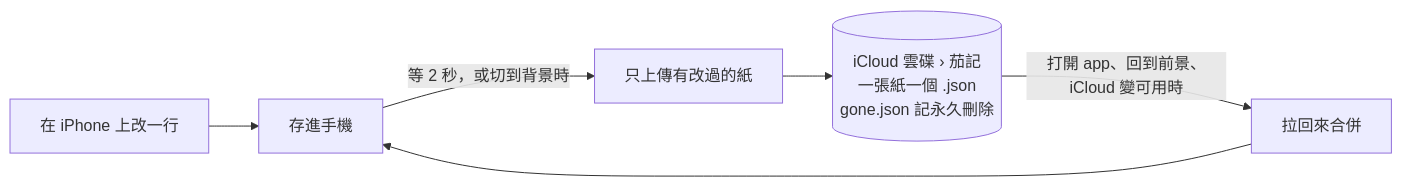
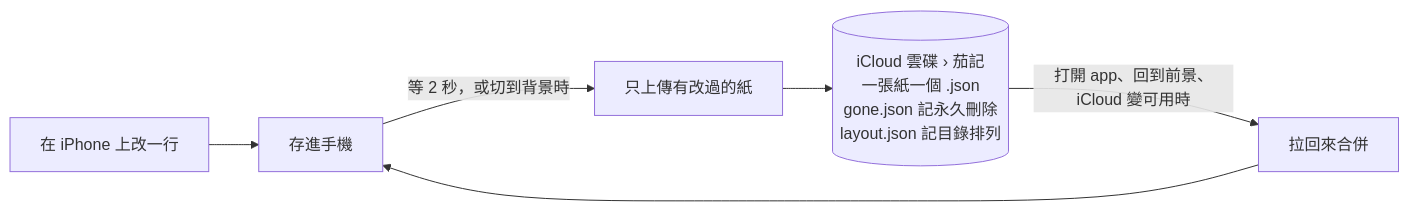
Before and after one commit to domyweb666/qieji-app: the diagram in README.md, drawn with Mermaid. The commit also changed other lines of this file and 8 other files, not shown here.

Commit message:
文件：README 照現在的 app 重寫、重拍附圖（多米 2026-11-05）

````diff
--- a/README.md
+++ b/README.md
@@ -57,8 +117,8 @@
 ```mermaid
 flowchart LR
   A[在 iPhone 上改一行] --> B[存進手機]
   B -->|等 2 秒，或切到背景時| C[只上傳有改過的紙]
-  C --> D[(iCloud 雲碟 › 茄記<br/>一張紙一個 .json<br/>gone.json 記永久刪除)]
+  C --> D[(iCloud 雲碟 › 茄記<br/>一張紙一個 .json<br/>gone.json 記永久刪除<br/>layout.json 記目錄排列)]
   D -->|打開 app、回到前景、iCloud 變可用時| E[拉回來合併]
   E --> B
 ```
````
